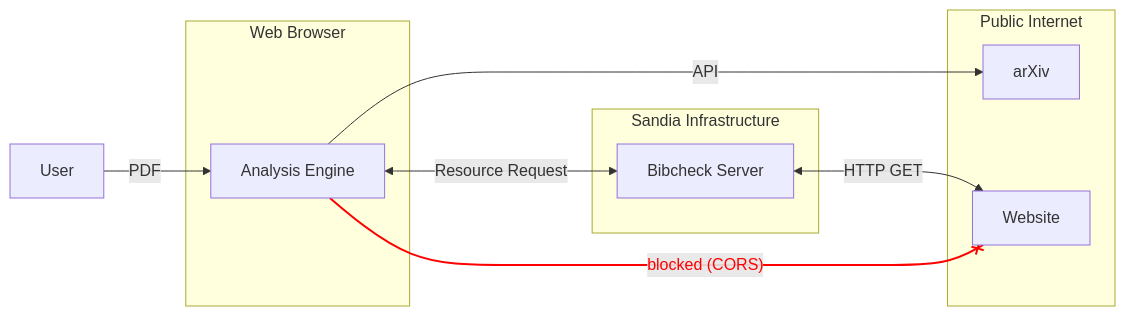
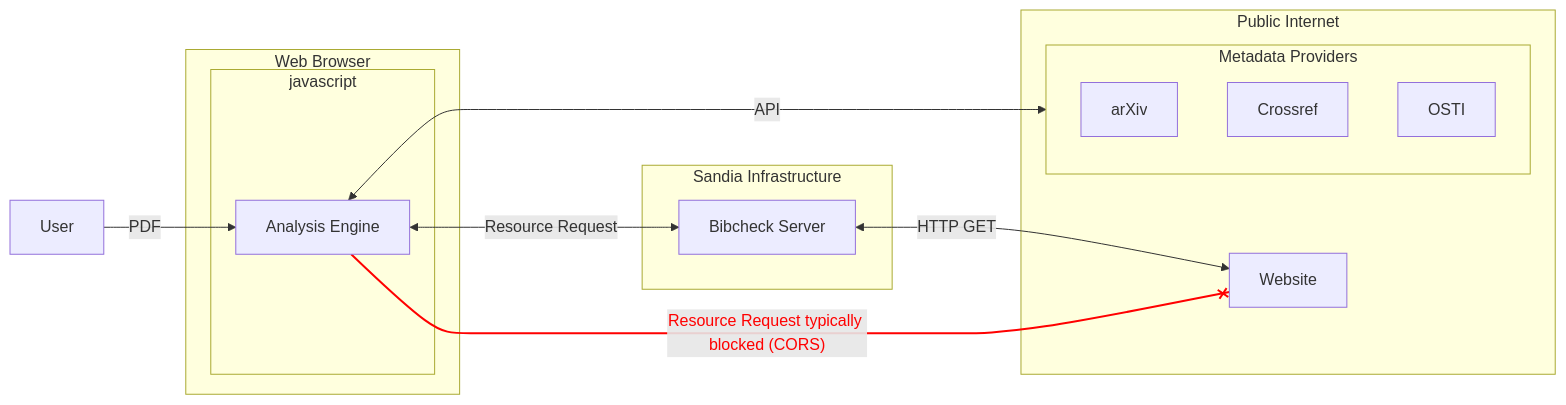
The diagram in docs/web-how-it-works.md (sandialabs/bibcheck), drawn with Mermaid before and after one commit.

Commit message:
docs: update web how it works

````diff
--- a/docs/web-how-it-works.md
+++ b/docs/web-how-it-works.md
@@ -3,24 +3,31 @@
 ```mermaid
 graph LR
 
     subgraph Web Browser
-        B[Analysis Engine]
+        subgraph javascript
+            B[Analysis Engine]
+        end
     end
 
     subgraph Sandia Infrastructure
         D[Bibcheck Server]
     end
 
     subgraph Public Internet
-        C[arXiv]
+        subgraph metadata[Metadata Providers]
+           direction TB
+           C[arXiv]
+           F[Crossref]
+           G[OSTI]
+        end
         E[Website]
     end
 
     A[User] -->|PDF| B[Analysis Engine]
-    B -->|API| C
+    B <-->|API| metadata
     B <-->|Resource Request| D
     D <-->|HTTP GET| E
-    B --x|"blocked (CORS)"| E
+    B --x|"Resource Request typically blocked (CORS)"| E
 
-linkStyle 4 stroke:red,stroke-width:2px,color:red
+    linkStyle 4 stroke:red,stroke-width:2px,color:red
 ```
````
